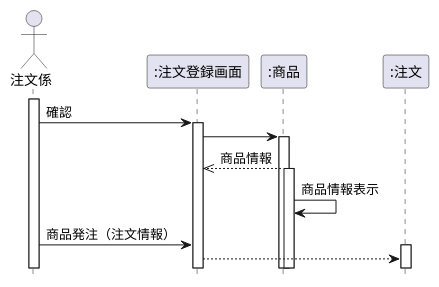
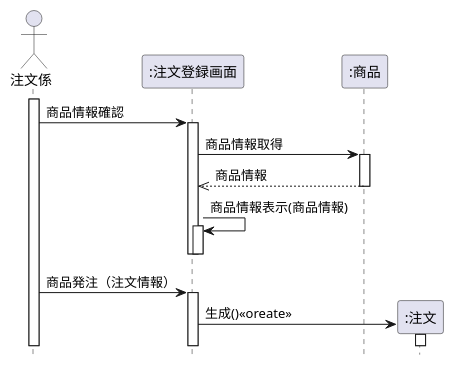
Before and after one commit to kuboi0627/unl-introduction: the diagram in 演習4-4_SD_商品注文.pu, drawn with PlantUML. The commit also changed 4 other files, not shown here.

```diff
--- a/演習4-4_SD_商品注文.pu
+++ b/演習4-4_SD_商品注文.pu
@@ -1,18 +1,23 @@
 @startuml
 hide footbox
 Actor 注文係 as a1
 participant ":注文登録画面" as boundary
 participant ":商品" as entity1
 participant ":注文" as entity2
 activate a1
-a1 ->boundary :確認
+a1 ->boundary :商品情報確認
 activate boundary
-boundary -> entity1
+boundary -> entity1 :商品情報取得
 activate entity1
 entity1 -->>boundary :商品情報
-activate entity1
-entity1 -> entity1 :商品情報表示
+deactivate entity1
+boundary -> boundary :商品情報表示(商品情報)
+activate boundary
+deactivate boundary
+deactivate boundary
 a1 -> boundary :商品発注（注文情報）
+activate boundary
+create entity2
+boundary -> entity2 :生成()<< oreate >>
 activate entity2
-boundary -->entity2 
 @enduml
```
